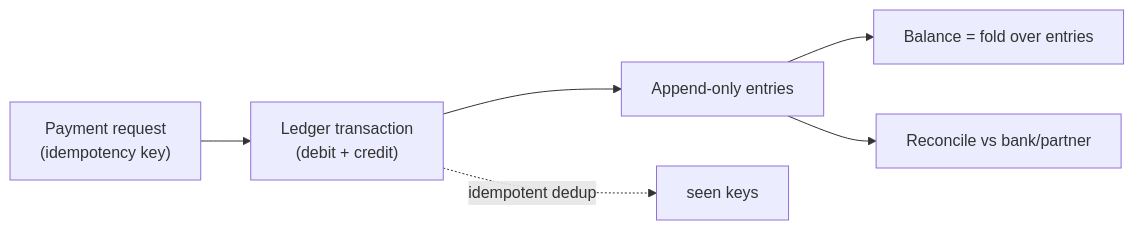
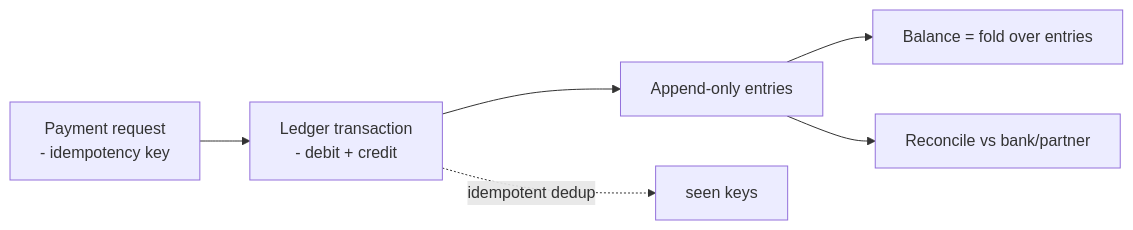
One commit to RIT-MESH/system-design-mastery changed the diagram in docs/10-extreme-scale/10-payment-ledger-systems.md. Above: the diagram before and after it, drawn with Mermaid. The commit also changed 139 other files, not shown here.

First line of the commit message:
Fix Mermaid parse errors: replace parentheses in node labels across 140 files

````diff
--- a/docs/10-extreme-scale/10-payment-ledger-systems.md
+++ b/docs/10-extreme-scale/10-payment-ledger-systems.md
@@ -18,9 +18,9 @@
 ```mermaid
 %% created-for: system-design-mastery
 flowchart LR
-  Pay["Payment request<br/>(idempotency key)"] --> Tx["Ledger transaction<br/>(debit + credit)"]
+  Pay["Payment request<br/> - idempotency key"] --> Tx["Ledger transaction<br/> - debit + credit"]
   Tx --> Append["Append-only entries"]
   Append --> Fold["Balance = fold over entries"]
   Append --> Reconcile["Reconcile vs bank/partner"]
   Tx -.idempotent dedup.-> Seen["seen keys"]
 ```
````
